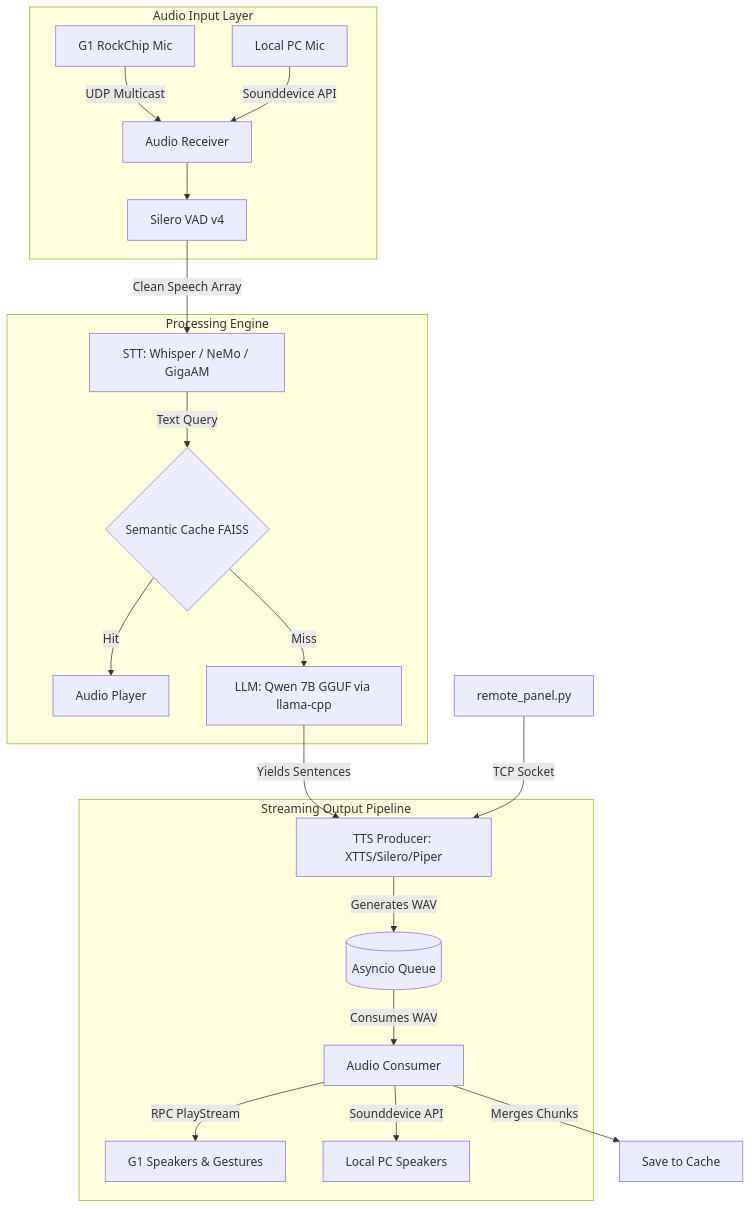
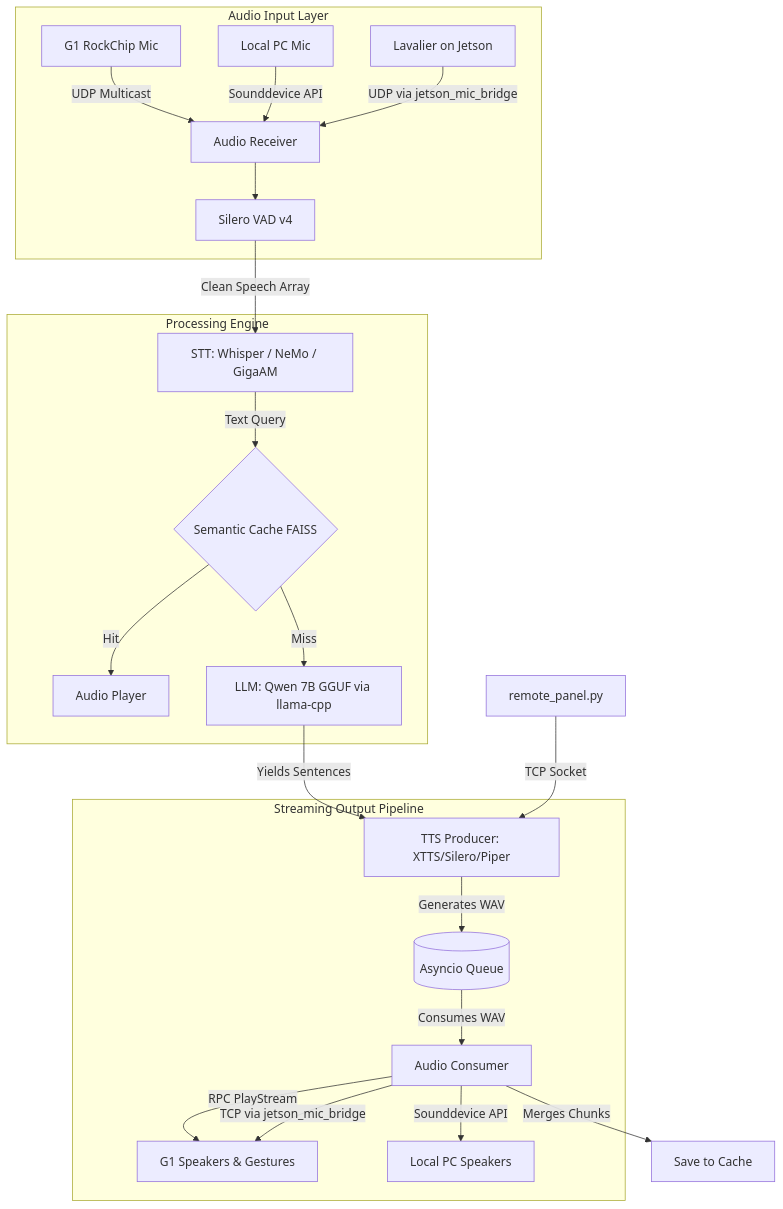
The diagram in README.md (ArtZap/KuzmichAI-UnitreeG1), drawn with Mermaid before and after one commit. The commit also changed other lines of this file, not shown here.

````diff
--- a/README.md
+++ b/README.md
@@ -19,27 +20,29 @@
 ```mermaid
 graph TD
     subgraph Input [Audio Input Layer]
         M1[G1 RockChip Mic] -- UDP Multicast --> UDP[Audio Receiver]
         M2[Local PC Mic] -- Sounddevice API --> UDP
+        M3[Lavalier on Jetson] -- UDP via jetson_mic_bridge --> UDP
         UDP --> VAD[Silero VAD v4]
     end
 
     subgraph Core [Processing Engine]
         VAD -- Clean Speech Array --> STT[STT: Whisper / NeMo / GigaAM]
         STT -- Text Query --> Cache{Semantic Cache FAISS}
         Cache -- Hit --> Play[Audio Player]
         Cache -- Miss --> LLM[LLM: Qwen 7B GGUF via llama-cpp]
     end
 
     subgraph AsyncPipeline [Streaming Output Pipeline]
         LLM -- Yields Sentences --> Worker1[TTS Producer: XTTS/Silero/Piper]
         Worker1 -- Generates WAV --> Queue[(Asyncio Queue)]
         Queue -- Consumes WAV --> Worker2[Audio Consumer]
         Worker2 -- RPC PlayStream --> Robot1[G1 Speakers & Gestures]
         Worker2 -- Sounddevice API --> Robot2[Local PC Speakers]
+        Worker2 -- TCP via jetson_mic_bridge --> Robot1
     end
     
     Worker2 -- Merges Chunks --> CacheWrite[Save to Cache]
     OpPanel[remote_panel.py] -- TCP Socket --> Worker1
 
 ```
````
